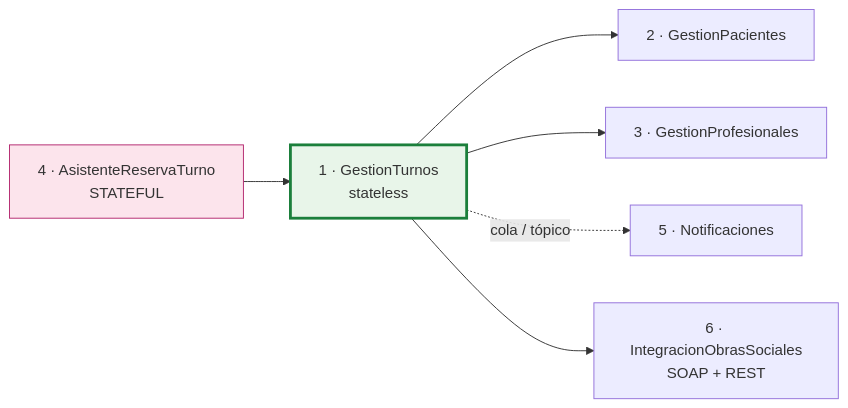
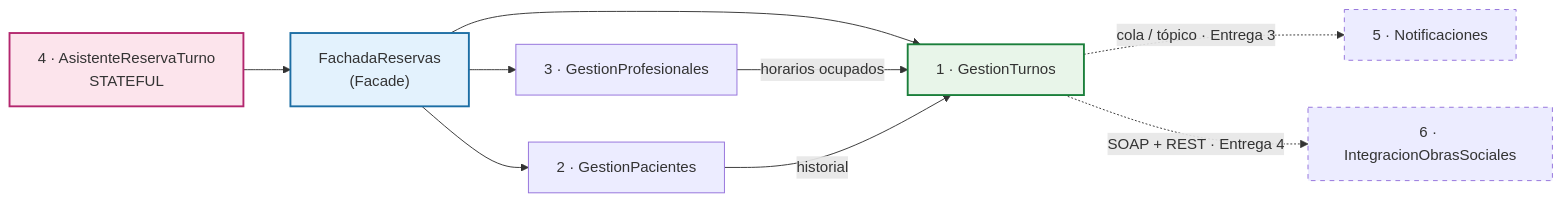
Before and after one commit to tobiasbonomo29/desarrollo-de-apps2: the second of 5 diagrams in docs/arquitectura.md, drawn with Mermaid. The commit also changed other lines of this file and 5 other files, not shown here.

````diff
--- a/docs/arquitectura.md
+++ b/docs/arquitectura.md
@@ -242,11 +143,17 @@
 ```mermaid
 flowchart LR
-    A["4 · AsistenteReservaTurno<br/>STATEFUL"] --> B["1 · GestionTurnos<br/>stateless"]
-    B --> C["2 · GestionPacientes"]
-    B --> D["3 · GestionProfesionales"]
-    B -.->|cola / tópico| E["5 · Notificaciones"]
-    B --> F["6 · IntegracionObrasSociales<br/>SOAP + REST"]
+    A["4 · AsistenteReservaTurno<br/>STATEFUL"] --> F["FachadaReservas<br/>(Facade)"]
+    F --> B["1 · GestionTurnos"]
+    F --> C["2 · GestionPacientes"]
+    F --> D["3 · GestionProfesionales"]
+    D -->|horarios ocupados| B
+    C -->|historial| B
+    B -.->|cola / tópico · Entrega 3| E["5 · Notificaciones"]
+    B -.->|SOAP + REST · Entrega 4| G["6 · IntegracionObrasSociales"]
 
-    style B fill:#e8f5e9,stroke:#1b7f3b,stroke-width:3px
-    style A fill:#fce4ec,stroke:#b3266e
+    style A fill:#fce4ec,stroke:#b3266e,stroke-width:2px
+    style F fill:#e3f2fd,stroke:#1c6ea4,stroke-width:2px
+    style B fill:#e8f5e9,stroke:#1b7f3b,stroke-width:2px
+    style E stroke-dasharray: 5 5
+    style G stroke-dasharray: 5 5
 ```
````
